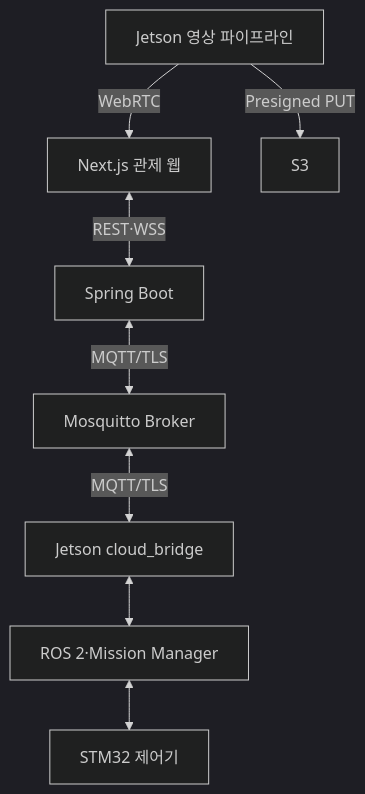
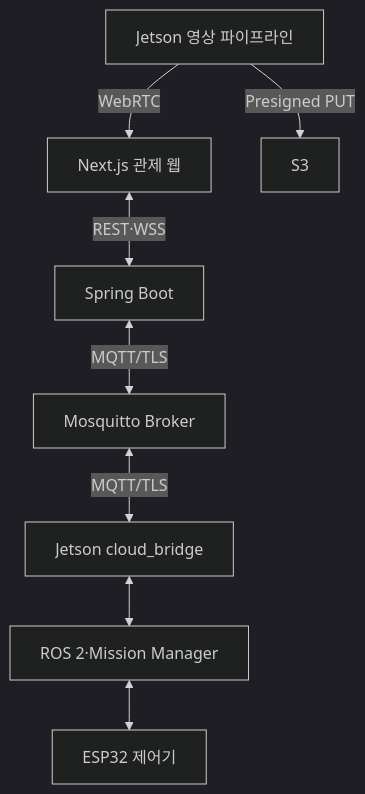
Before and after one commit to Common-AIOT/Sentinel-UGV: the second of 5 diagrams in docs/05-통신-서버-영상.md, drawn with Mermaid (dark theme). The commit also changed other lines of this file and 8 other files, not shown here.

````diff
--- a/docs/05-통신-서버-영상.md
+++ b/docs/05-통신-서버-영상.md
@@ -425,10 +425,10 @@
 ```mermaid
 flowchart TD
     browser["Next.js 관제 웹"] <-->|"REST·WSS"| spring["Spring Boot"]
     spring <-->|"MQTT/TLS"| broker["Mosquitto Broker"]
     broker <-->|"MQTT/TLS"| bridge["Jetson cloud_bridge"]
     bridge <--> ros["ROS 2·Mission Manager"]
-    ros <--> mcu["STM32 제어기"]
+    ros <--> mcu["ESP32 제어기"]
     jetson["Jetson 영상 파이프라인"] -->|"WebRTC"| browser
     jetson -->|"Presigned PUT"| s3["S3"]
 ```
````
